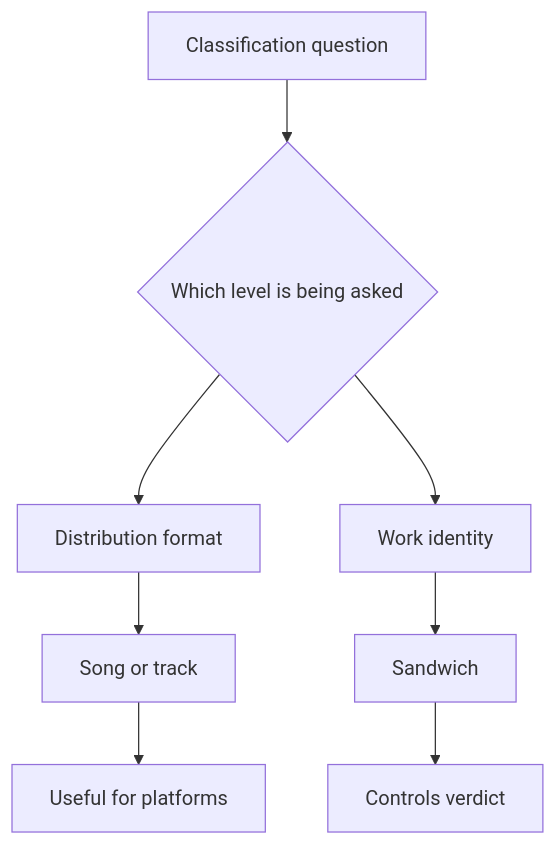
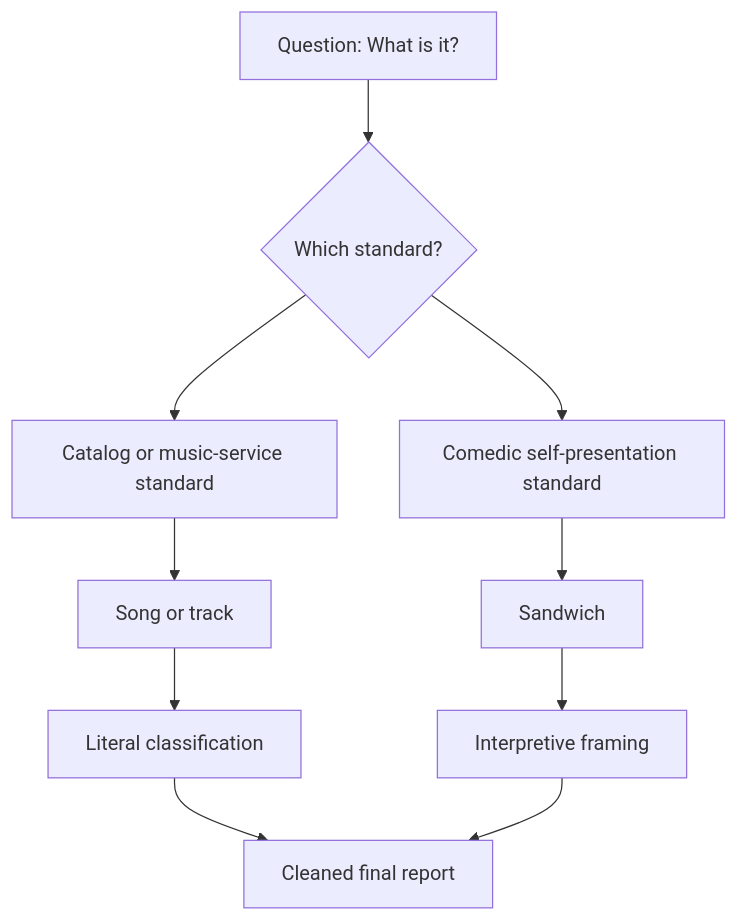
Before and after one commit to shellsage-ai/research-reports: the second of 2 diagrams in Psychostick_Sandwich_Classification_Argument/full_report.md, drawn with Mermaid. The commit also changed other lines of this file and 34 other files, not shown here.

````diff
--- a/Psychostick_Sandwich_Classification_Argument/full_report.md
+++ b/Psychostick_Sandwich_Classification_Argument/full_report.md
@@ -180,10 +151,12 @@
 ```mermaid
 flowchart TD
-  A[Classification question] --> B{Which level is being asked}
-  B --> C[Distribution format]
-  B --> D[Work identity]
+  A[Question: What is it?] --> B{Which standard?}
+  B --> C[Catalog or music-service standard]
+  B --> D[Comedic self-presentation standard]
   C --> E[Song or track]
   D --> F[Sandwich]
-  E --> G[Useful for platforms]
-  F --> H[Controls verdict]
+  E --> G[Literal classification]
+  F --> H[Interpretive framing]
+  G --> I[Cleaned final report]
+  H --> I
 ```
````
